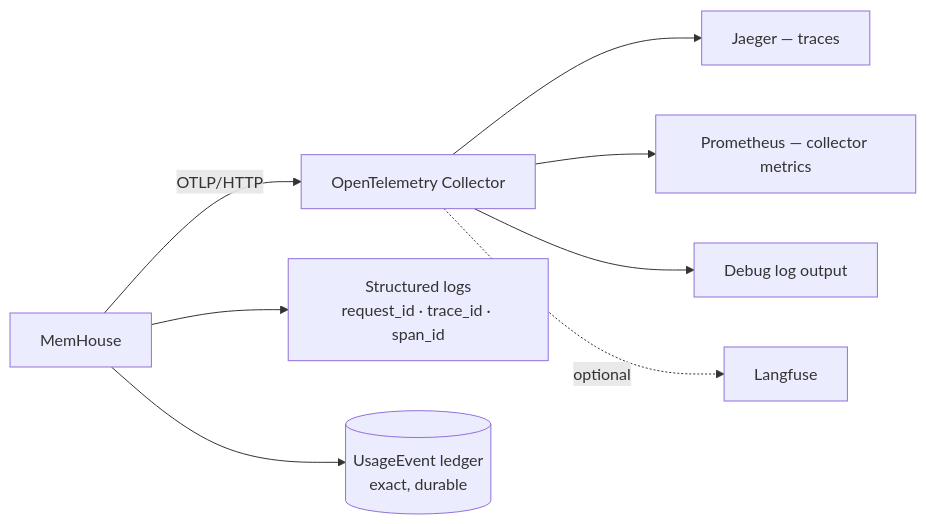
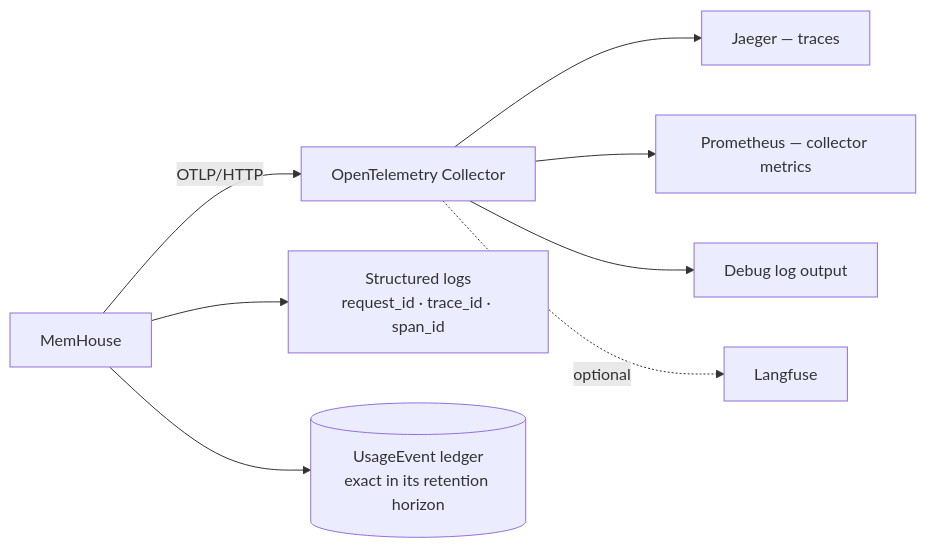
Before and after one commit to memhousehq/memhouse: the diagram in docs/operations/observability.md, drawn with Mermaid. The commit also changed 10 other files, not shown here.

````diff
--- a/docs/operations/observability.md
+++ b/docs/operations/observability.md
@@ -8,10 +8,10 @@
 ```mermaid
 flowchart LR
     APP[MemHouse] -->|OTLP/HTTP| COL[OpenTelemetry Collector]
     COL --> J[Jaeger — traces]
     COL --> P[Prometheus — collector metrics]
     COL --> D[Debug log output]
     COL -. optional .-> LF[Langfuse]
     APP --> LOG[Structured logs<br/>request_id · trace_id · span_id]
-    APP --> LED[(UsageEvent ledger<br/>exact, durable)]
+    APP --> LED[(UsageEvent ledger<br/>exact in its retention horizon)]
 ```
````
